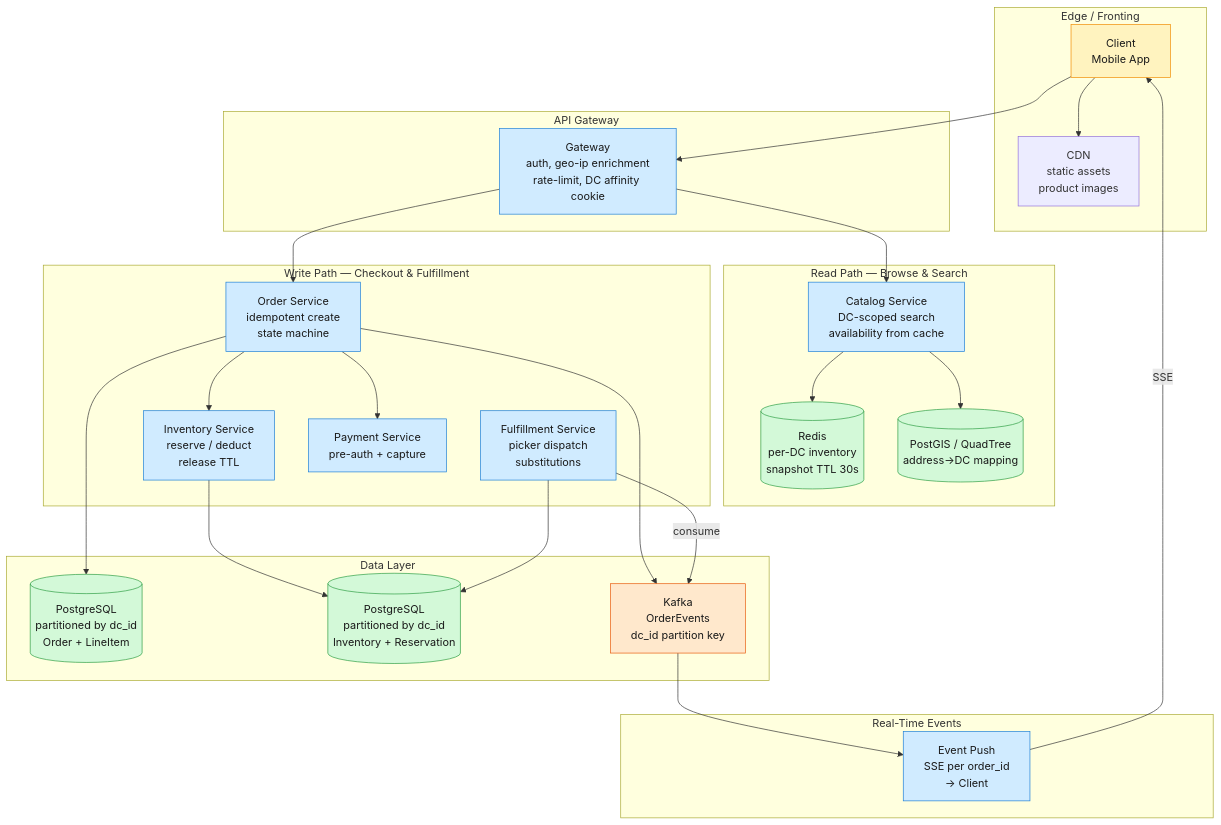
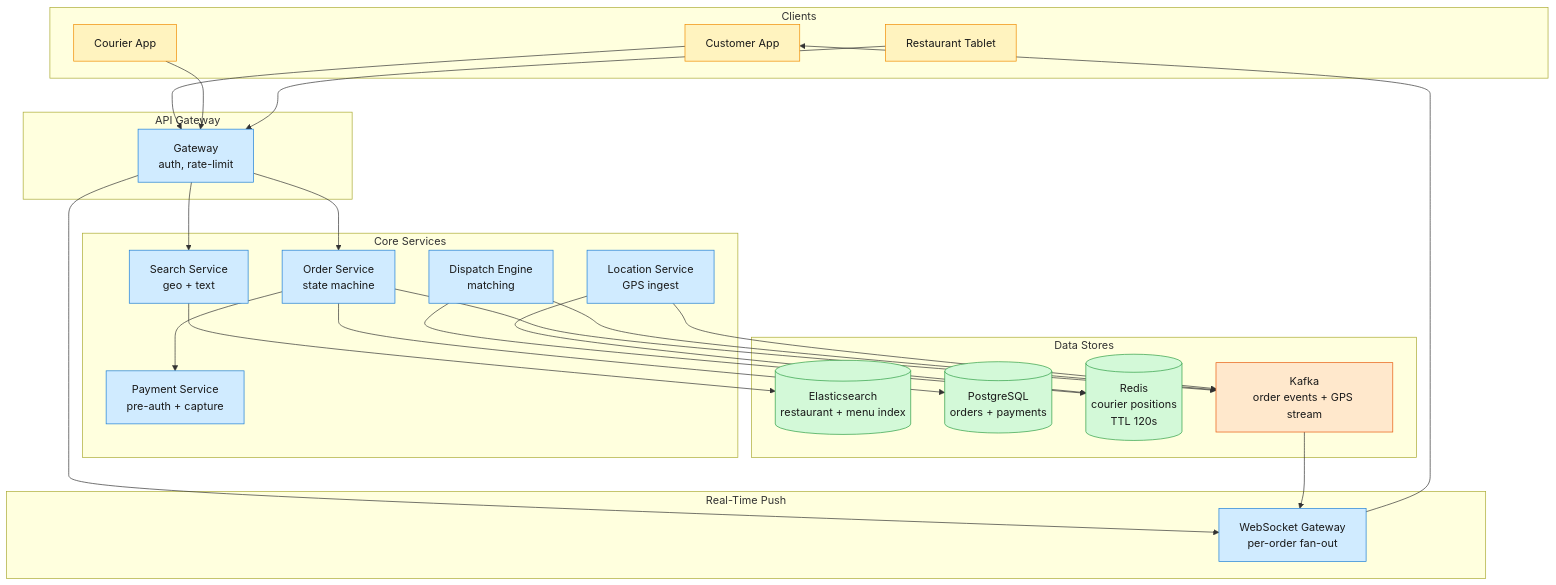
Before and after one commit to iliazlobin/iliazlobin.github.io: the second of 3 diagrams in _posts/2026-06-29-system-design-local-delivery.md, drawn with Mermaid. The commit also changed other lines of this file and 45 other files, not shown here.

First line of the commit message:
Republish all posts from Notion: fix mermaid errors, drop §7 Trade-offs (#88)

````diff
--- a/_posts/2026-06-29-system-design-local-delivery.md
+++ b/_posts/2026-06-29-system-design-local-delivery.md
@@ -138,59 +122,57 @@
 ```mermaid
 graph TB
-    subgraph Edge["Edge / Fronting"]
-        Client["Client<br/>Mobile App"]
-        CDN["CDN<br/>static assets<br/>product images"]
+    subgraph Clients["Clients"]
+        Customer["Customer App"]
+        CourierApp["Courier App"]
+        RestaurantApp["Restaurant Tablet"]
     end
 
     subgraph Gateway["API Gateway"]
-        GW["Gateway<br/>auth, geo-ip enrichment<br/>rate-limit, DC affinity cookie"]
+        GW["Gateway<br/>auth, rate-limit"]
     end
 
-    subgraph ReadPath["Read Path — Browse & Search"]
-        CatalogSvc["Catalog Service<br/>DC-scoped search<br/>availability from cache"]
-        CatalogCache[("Redis<br/>per-DC inventory<br/>snapshot TTL 30s")]
-        GeoIdx[("PostGIS / QuadTree<br/>address→DC mapping")]
-    end
-
-    subgraph WritePath["Write Path — Checkout & Fulfillment"]
-        OrderSvc["Order Service<br/>idempotent create<br/>state machine"]
-        InvSvc["Inventory Service<br/>reserve / deduct<br/>release TTL"]
-        FulfillSvc["Fulfillment Service<br/>picker dispatch<br/>substitutions"]
+    subgraph Services["Core Services"]
+        SearchSvc["Search Service<br/>geo + text"]
+        OrderSvc["Order Service<br/>state machine"]
+        DispatchSvc["Dispatch Engine<br/>matching"]
+        LocationSvc["Location Service<br/>GPS ingest"]
         PaymentSvc["Payment Service<br/>pre-auth + capture"]
     end
 
-    subgraph Data["Data Layer"]
-        OrderStore[("PostgreSQL<br/>partitioned by dc_id<br/>Order + LineItem")]
-        InvStore[("PostgreSQL<br/>partitioned by dc_id<br/>Inventory + Reservation")]
-        EventBus["Kafka<br/>OrderEvents<br/>dc_id partition key"]
+    subgraph Data["Data Stores"]
+        SearchIdx[("Elasticsearch<br/>restaurant + menu index")]
+        OrderDB[("PostgreSQL<br/>orders + payments")]
+        LocationStore[("Redis<br/>courier positions<br/>TTL 120s")]
+        EventBus["Kafka<br/>order events + GPS stream"]
     end
 
-    subgraph RealTime["Real-Time Events"]
-        WSPush["Event Push<br/>SSE per order_id<br/>→ Client"]
+    subgraph Push["Real-Time Push"]
+        WSPush["WebSocket Gateway<br/>per-order fan-out"]
     end
 
-    Client --> CDN
-    Client --> GW
-    GW --> CatalogSvc
+    Customer --> GW
+    CourierApp --> GW
+    RestaurantApp --> GW
+    GW --> SearchSvc
     GW --> OrderSvc
-    CatalogSvc --> CatalogCache
-    CatalogSvc --> GeoIdx
-    OrderSvc --> InvSvc
+    GW --> WSPush
+    SearchSvc --> SearchIdx
+    OrderSvc --> OrderDB
     OrderSvc --> PaymentSvc
-    OrderSvc --> OrderStore
     OrderSvc --> EventBus
-    InvSvc --> InvStore
-    FulfillSvc -->|consume| EventBus
-    FulfillSvc --> InvStore
+    DispatchSvc --> EventBus
+    DispatchSvc --> LocationStore
+    LocationSvc --> LocationStore
+    LocationSvc --> EventBus
     EventBus --> WSPush
-    WSPush -->|SSE| Client
+    WSPush --> Customer
 
     classDef edge fill:#fff3bf,stroke:#f08c00,color:#1a1a1a;
     classDef svc fill:#d0ebff,stroke:#1c7ed6,color:#1a1a1a;
     classDef store fill:#d3f9d8,stroke:#2f9e44,color:#1a1a1a;
     classDef async fill:#ffe8cc,stroke:#e8590c,color:#1a1a1a;
-    class Client edge;
-    class GW,CatalogSvc,OrderSvc,InvSvc,FulfillSvc,PaymentSvc,WSPush svc;
-    class CatalogCache,GeoIdx,OrderStore,InvStore store;
+    class Customer,CourierApp,RestaurantApp edge;
+    class GW,SearchSvc,OrderSvc,DispatchSvc,LocationSvc,PaymentSvc,WSPush svc;
+    class SearchIdx,OrderDB,LocationStore store;
     class EventBus async;
 ```
````
